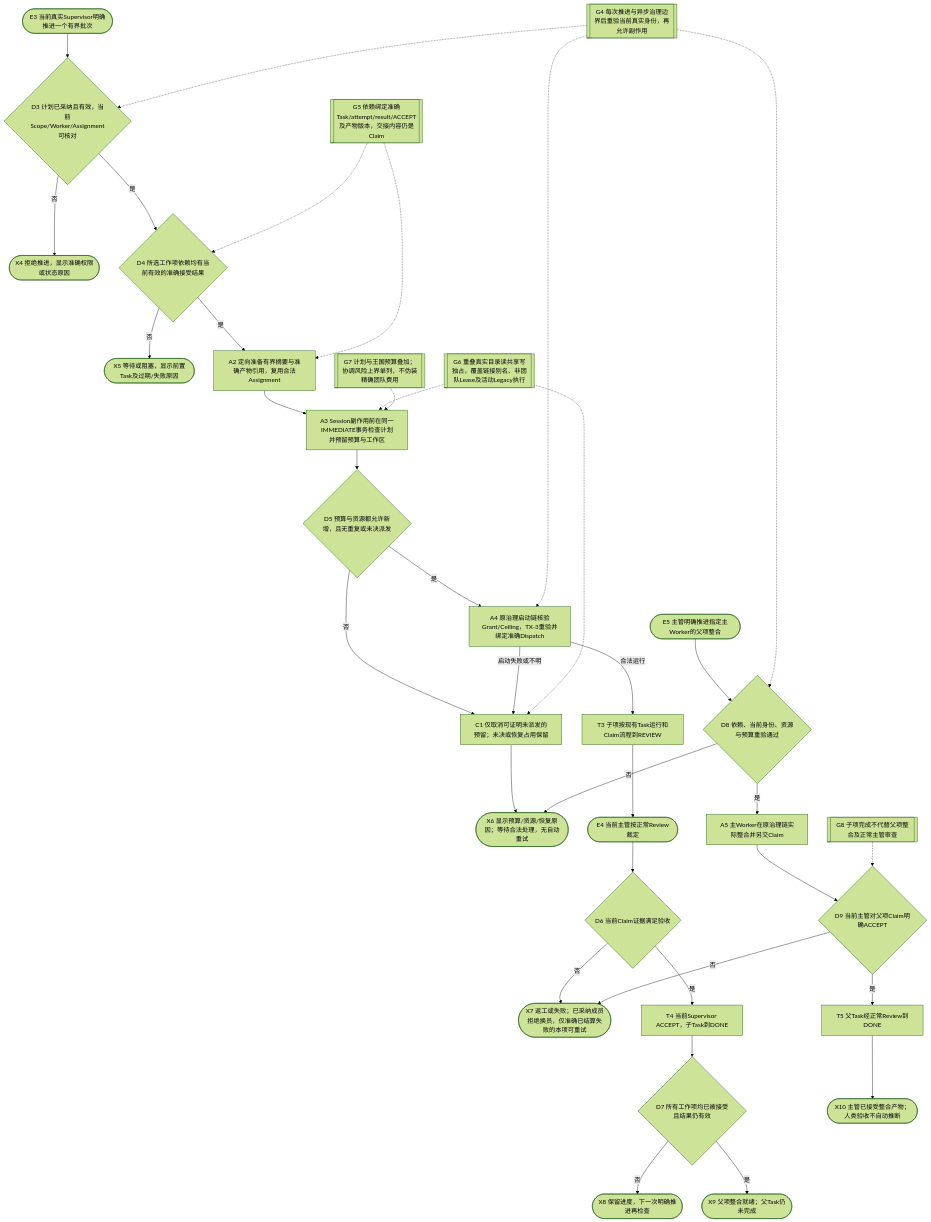
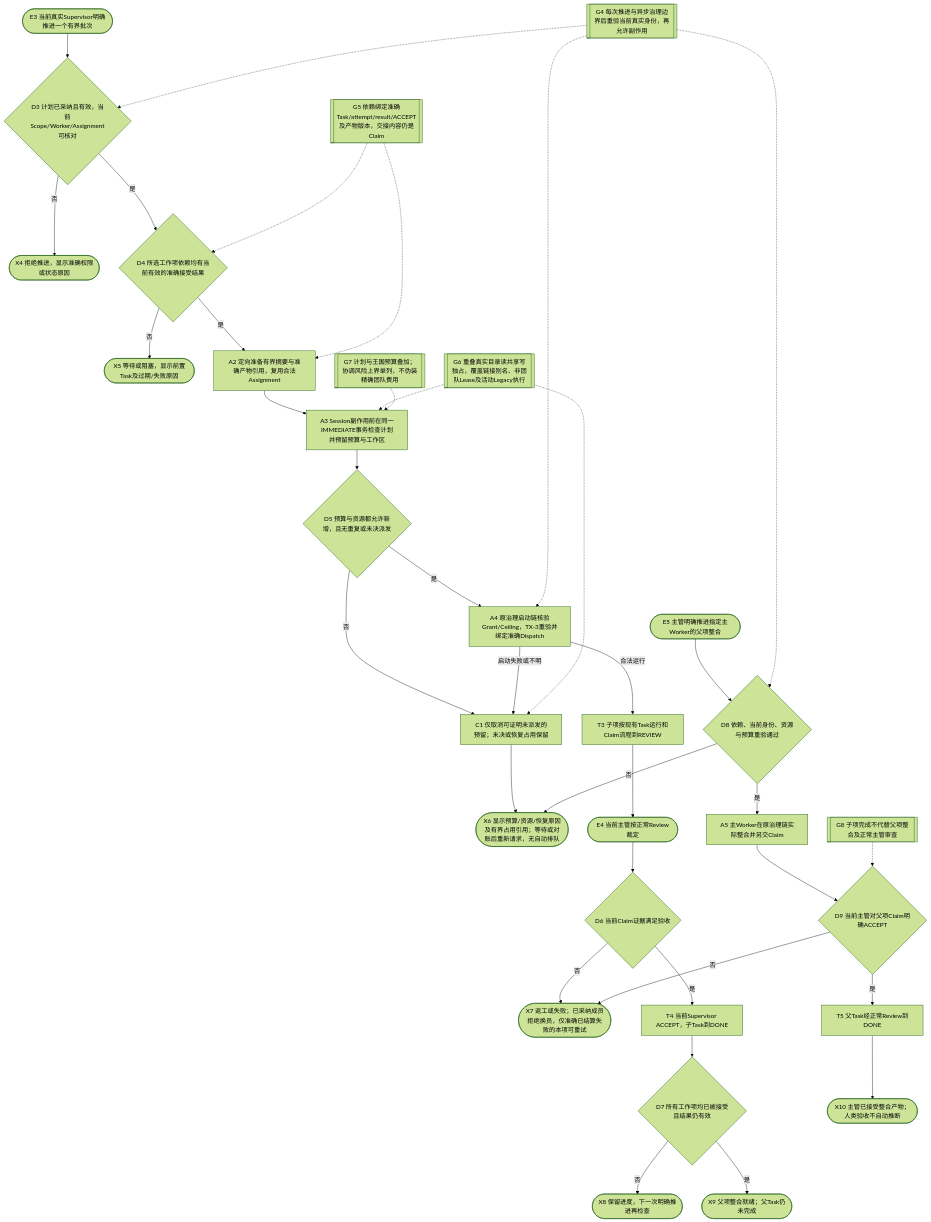
The second of 4 diagrams in docs/feature-flows/collaboration-bounded-plan/flow.md (lusblead/dsh-Kingdom), drawn with Mermaid (forest theme) before and after one commit. The commit also changed other lines of this file and 42 other files, not shown here.

````diff
--- a/docs/feature-flows/collaboration-bounded-plan/flow.md
+++ b/docs/feature-flows/collaboration-bounded-plan/flow.md
@@ -38,38 +40,38 @@
 ```mermaid
 flowchart TD
     E3(["E3 当前真实Supervisor明确推进一个有界批次"]) --> D3{"D3 计划已采纳且有效，当前Scope/Worker/Assignment可核对"}
     D3 -->|否| X4(["X4 拒绝推进，显示准确权限或状态原因"])
     D3 -->|是| D4{"D4 所选工作项依赖均有当前有效的准确接受结果"}
     D4 -->|否| X5(["X5 等待或阻塞，显示前置Task及过期/失败原因"])
     D4 -->|是| A2["A2 定向准备有界摘要与准确产物引用，复用合法Assignment"]
     A2 --> A3["A3 Session副作用前在同一IMMEDIATE事务检查计划并预留预算与工作区"]
     A3 --> D5{"D5 预算与资源都允许新增，且无重复或未决派发"}
     D5 -->|否| C1["C1 仅取消可证明未派发的预留；未决或恢复占用保留"]
-    C1 --> X6(["X6 显示预算/资源/恢复原因；等待合法处理，无自动重试"])
+    C1 --> X6(["X6 显示预算/资源/恢复原因及有界占用引用；等待或对账后重新请求，无自动排队"])
     D5 -->|是| A4["A4 原治理启动链核验Grant/Ceiling，TX-3重验并绑定准确Dispatch"]
     A4 -->|启动失败或不明| C1
     A4 -->|合法运行| T3["T3 子项按现有Task运行和Claim流程到REVIEW"]
     T3 --> E4(["E4 当前主管按正常Review裁定"])
     E4 --> D6{"D6 当前Claim证据满足验收"}
     D6 -->|否| X7(["X7 返工或失败；已采纳成员拒绝换员，仅准确已结算失败的本项可重试"])
     D6 -->|是| T4["T4 当前Supervisor ACCEPT，子Task到DONE"]
     T4 --> D7{"D7 所有工作项均已被接受且结果仍有效"}
     D7 -->|否| X8(["X8 保留进度，下一次明确推进再检查"])
     D7 -->|是| X9(["X9 父项整合就绪；父Task仍未完成"])
     E5(["E5 主管明确推进指定主Worker的父项整合"]) --> D8{"D8 依赖、当前身份、资源与预算重验通过"}
     D8 -->|否| X6
     D8 -->|是| A5["A5 主Worker在原治理链实际整合并另交Claim"]
     A5 --> D9{"D9 当前主管对父项Claim明确ACCEPT"}
     D9 -->|否| X7
     D9 -->|是| T5["T5 父Task经正常Review到DONE"]
     T5 --> X10(["X10 主管已接受整合产物；人类验收不自动推断"])
     G4[["G4 每次推进与异步治理边界后重验当前真实身份，再允许副作用"]] -.-> D3
     G4 -.-> D8
     G4 -.-> A4
     G5[["G5 依赖绑定准确Task/attempt/result/ACCEPT及产物版本，交接内容仍是Claim"]] -.-> D4
     G5 -.-> A2
     G6[["G6 重叠真实目录读共享写独占，覆盖链接别名、非团队Lease及活动Legacy执行"]] -.-> A3
     G6 -.-> C1
     G7[["G7 计划与王国预算叠加；协调风险上界单列，不伪装精确团队费用"]] -.-> A3
     G8[["G8 子项完成不代替父项整合及正常主管审查"]] -.-> D9
 ```
````
